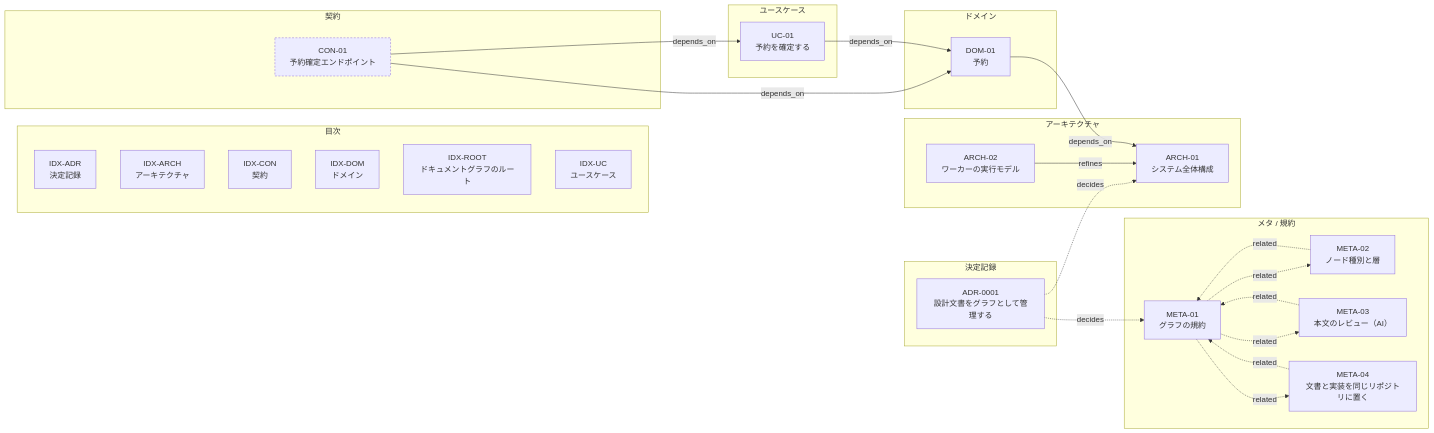
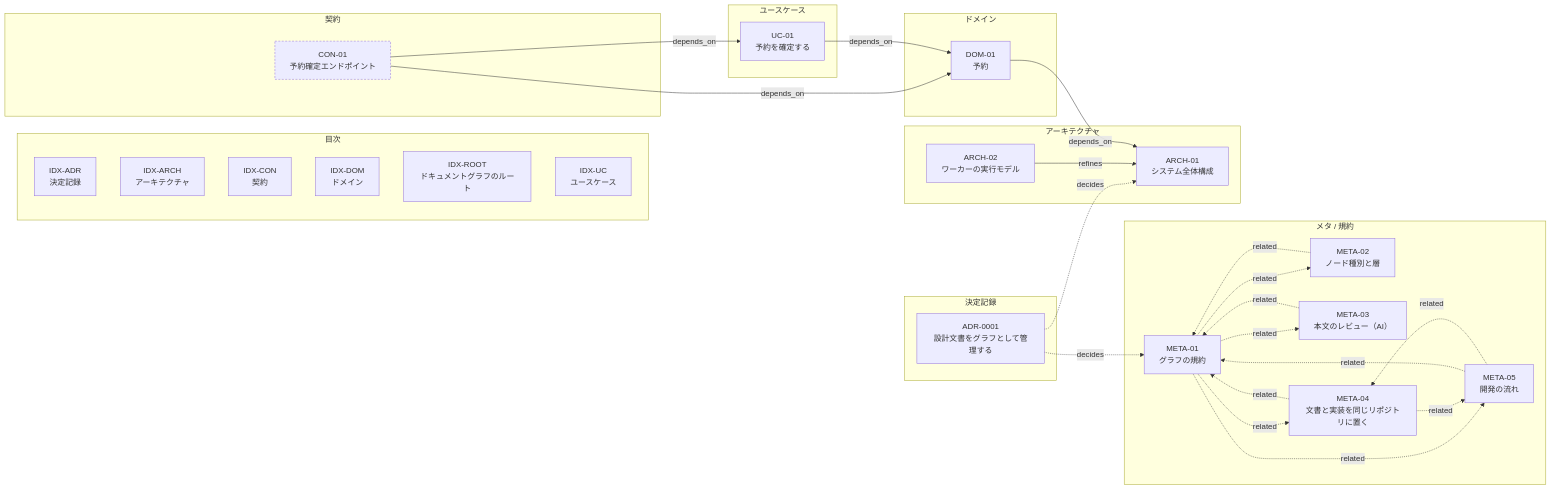
The diagram in README.md (setopic/gacha-monitor), drawn with Mermaid before and after one commit. The commit also changed other lines of this file and 9 other files, not shown here.

````diff
--- a/README.md
+++ b/README.md
@@ -106,49 +111,54 @@
 ```mermaid
 graph LR
   subgraph index["目次"]
     IDX-ADR["IDX-ADR<br/>決定記録"]
     IDX-ARCH["IDX-ARCH<br/>アーキテクチャ"]
     IDX-CON["IDX-CON<br/>契約"]
     IDX-DOM["IDX-DOM<br/>ドメイン"]
     IDX-ROOT["IDX-ROOT<br/>ドキュメントグラフのルート"]
     IDX-UC["IDX-UC<br/>ユースケース"]
   end
   subgraph meta["メタ / 規約"]
     META-01["META-01<br/>グラフの規約"]
     META-02["META-02<br/>ノード種別と層"]
     META-03["META-03<br/>本文のレビュー（AI）"]
     META-04["META-04<br/>文書と実装を同じリポジトリに置く"]
+    META-05["META-05<br/>開発の流れ"]
   end
   subgraph architecture["アーキテクチャ"]
     ARCH-01["ARCH-01<br/>システム全体構成"]
     ARCH-02["ARCH-02<br/>ワーカーの実行モデル"]
   end
   subgraph domain["ドメイン"]
     DOM-01["DOM-01<br/>予約"]
   end
   subgraph usecase["ユースケース"]
     UC-01["UC-01<br/>予約を確定する"]
   end
   subgraph contract["契約"]
     CON-01["CON-01<br/>予約確定エンドポイント"]
   end
   subgraph adr["決定記録"]
     ADR-0001["ADR-0001<br/>設計文書をグラフとして管理する"]
   end
   ADR-0001 -.->|decides| META-01
   ADR-0001 -.->|decides| ARCH-01
   ARCH-02 -->|refines| ARCH-01
   CON-01 -->|depends_on| UC-01
   CON-01 -->|depends_on| DOM-01
   DOM-01 -->|depends_on| ARCH-01
   META-01 -.->|related| META-02
   META-01 -.->|related| META-03
   META-01 -.->|related| META-04
+  META-01 -.->|related| META-05
   META-02 -.->|related| META-01
   META-03 -.->|related| META-01
   META-04 -.->|related| META-01
+  META-04 -.->|related| META-05
+  META-05 -.->|related| META-01
+  META-05 -.->|related| META-04
   UC-01 -->|depends_on| DOM-01
   classDef draft stroke-dasharray: 4\,3;
   classDef deprecated opacity:0.5;
   class CON-01 draft;
 ```
````
